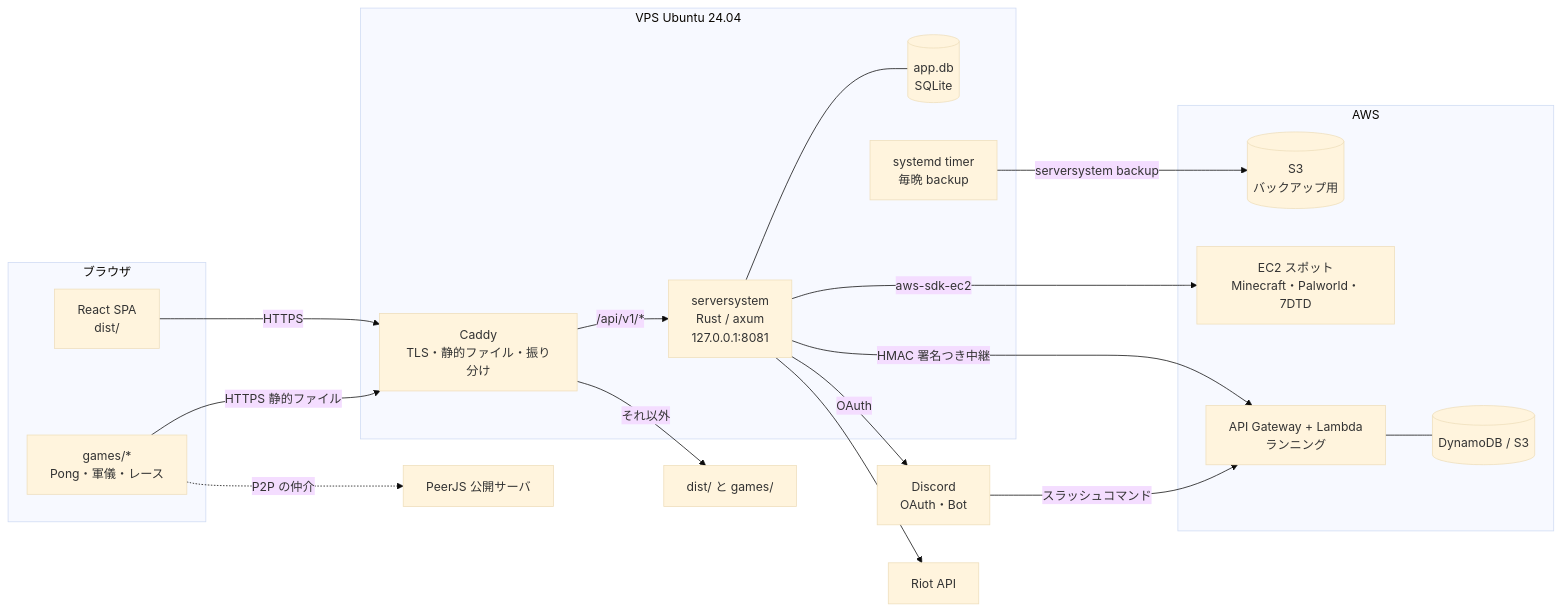
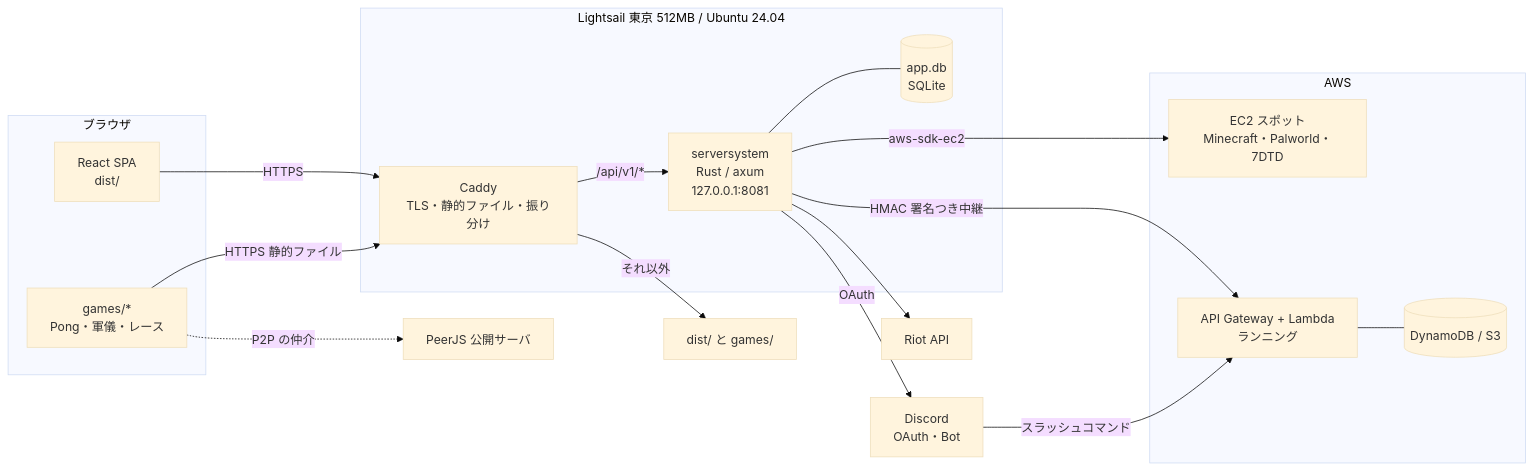
Before and after one commit to odamag/valol-serverSystem: the diagram in document/renewal/10_architecture.md, drawn with Mermaid (base theme). The commit also changed other lines of this file and 7 other files, not shown here.

````diff
--- a/document/renewal/10_architecture.md
+++ b/document/renewal/10_architecture.md
@@ -84,39 +87,36 @@
 ```mermaid
 flowchart LR
   subgraph Browser[ブラウザ]
     SPA[React SPA<br/>dist/]
     Games[games/*<br/>Pong・軍儀・レース]
   end
 
-  subgraph VPS[VPS Ubuntu 24.04]
+  subgraph VPS[Lightsail 東京 512MB / Ubuntu 24.04]
     Caddy[Caddy<br/>TLS・静的ファイル・振り分け]
     Rust[serversystem<br/>Rust / axum<br/>127.0.0.1:8081]
     DB[(app.db<br/>SQLite)]
-    Timer[systemd timer<br/>毎晩 backup]
   end
 
   subgraph AWS
     EC2[EC2 スポット<br/>Minecraft・Palworld・7DTD]
     RunAPI[API Gateway + Lambda<br/>ランニング]
     Dynamo[(DynamoDB / S3)]
-    S3B[(S3<br/>バックアップ用)]
   end
 
   Discord[Discord<br/>OAuth・Bot]
   Riot[Riot API]
   PeerJS[PeerJS 公開サーバ]
 
   SPA -->|HTTPS| Caddy
   Games -->|HTTPS 静的ファイル| Caddy
   Games -.->|P2P の仲介| PeerJS
   Caddy -->|/api/v1/*| Rust
   Caddy -->|それ以外| Static[dist/ と games/]
   Rust --- DB
   Rust -->|aws-sdk-ec2| EC2
   Rust -->|HMAC 署名つき中継| RunAPI
   RunAPI --- Dynamo
   Rust -->|OAuth| Discord
   Rust --> Riot
   Discord -->|スラッシュコマンド| RunAPI
-  Timer -->|serversystem backup| S3B
 ```
````
